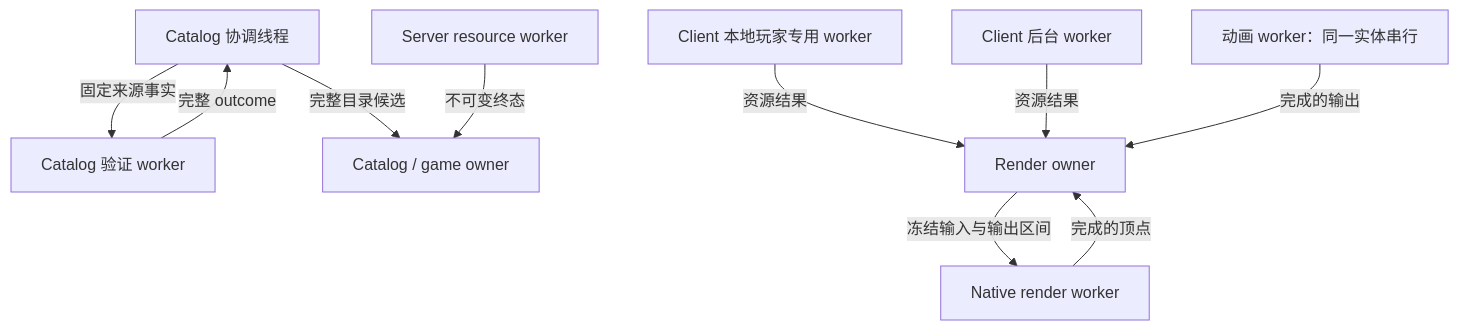
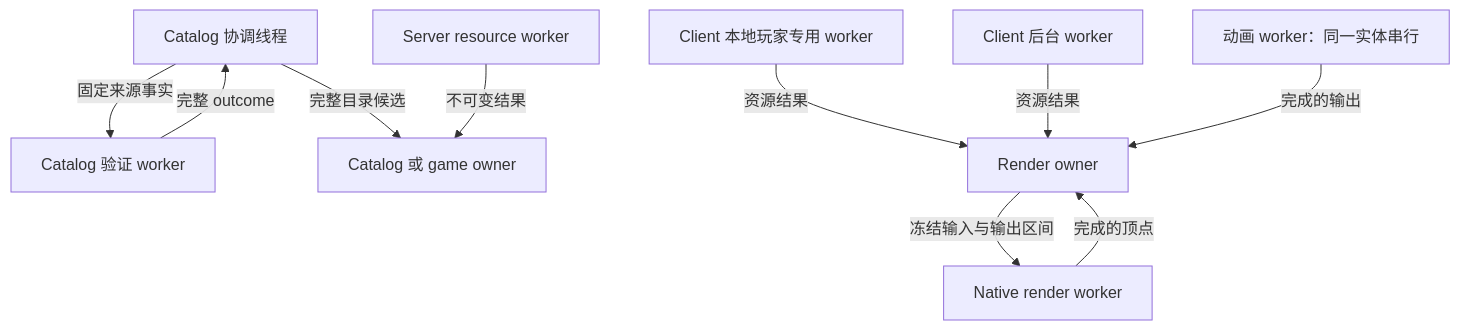
One commit to YesSteveModel/YesSteveModel changed the second of 3 diagrams in docs/architecture/runtime/overview.md. Above: the diagram before and after it, drawn with Mermaid. The commit also changed other lines of this file and 1109 other files, not shown here.

````diff
--- a/docs/architecture/runtime/overview.md
+++ b/docs/architecture/runtime/overview.md
@@ -125,12 +135,12 @@
 ```mermaid
 flowchart TB
     C["Catalog 协调线程"] -->|固定来源事实| V["Catalog 验证 worker"]
     V -->|完整 outcome| C
-    C -->|完整目录候选| O["Catalog / game owner"]
+    C -->|完整目录候选| O["Catalog 或 game owner"]
     L["Client 本地玩家专用 worker"] -->|资源结果| R["Render owner"]
     B["Client 后台 worker"] -->|资源结果| R
-    S["Server resource worker"] -->|不可变终态| O
+    S["Server resource worker"] -->|不可变结果| O
     A["动画 worker：同一实体串行"] -->|完成的输出| R
     R -->|冻结输入与输出区间| N["Native render worker"]
     N -->|完成的顶点| R
 ```
````
